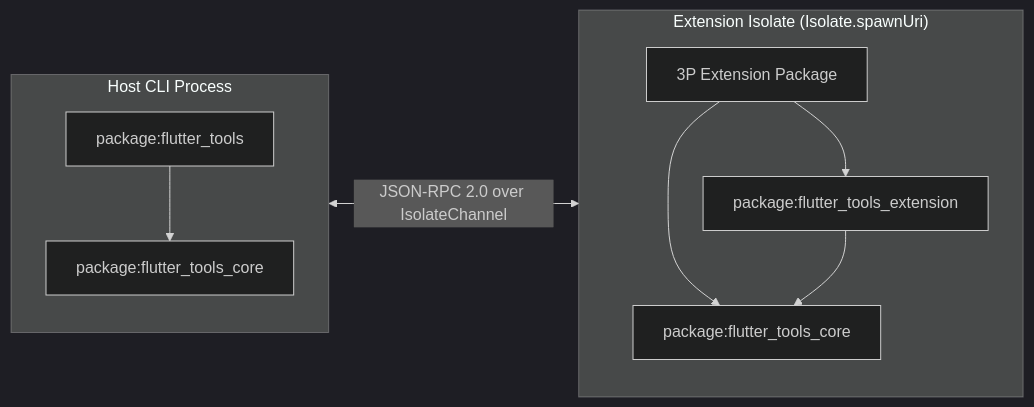
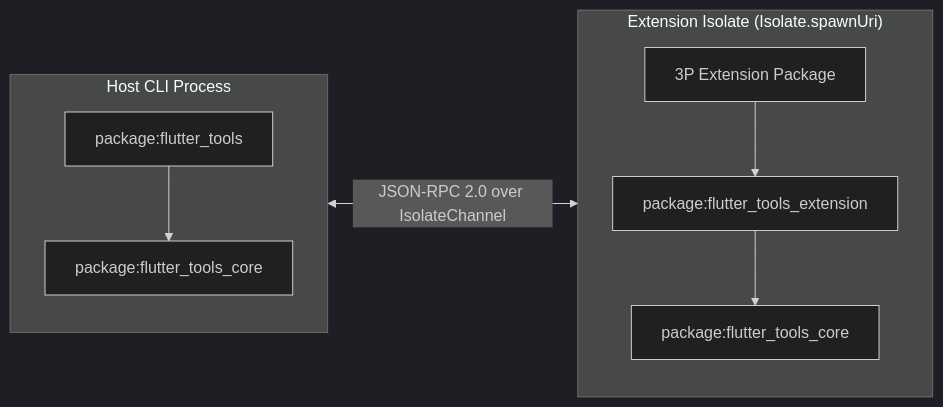
One commit to flutter/rfc changed the first of 2 diagrams in rfc/510.0000-targeting-custom-embedders-with-flutter-tools.md. Above: the diagram before and after it, drawn with Mermaid (dark theme). The commit also changed other lines of this file, not shown here.

````diff
--- a/rfc/510.0000-targeting-custom-embedders-with-flutter-tools.md
+++ b/rfc/510.0000-targeting-custom-embedders-with-flutter-tools.md
@@ -221,21 +221,20 @@
 ```mermaid
 flowchart LR
   subgraph Host["Host CLI Process"]
     direction TB
     FT["package:flutter_tools"]
     FTC1["package:flutter_tools_core"]
     FT --> FTC1
   end
 
   subgraph Iso["Extension Isolate (Isolate.spawnUri)"]
     direction TB
     EXT["3P Extension Package"]
     FTE["package:flutter_tools_extension"]
     FTC2["package:flutter_tools_core"]
     EXT --> FTE
-    EXT --> FTC2
     FTE --> FTC2
   end
 
   Host <-->|"JSON-RPC 2.0 over IsolateChannel"| Iso
 ```
````
